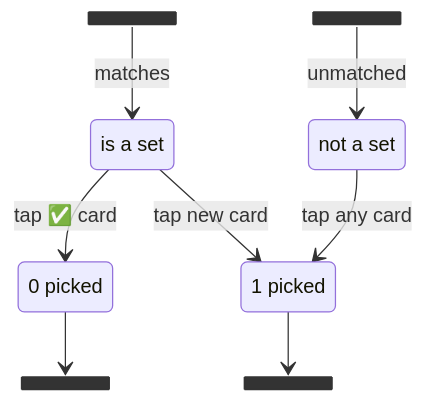
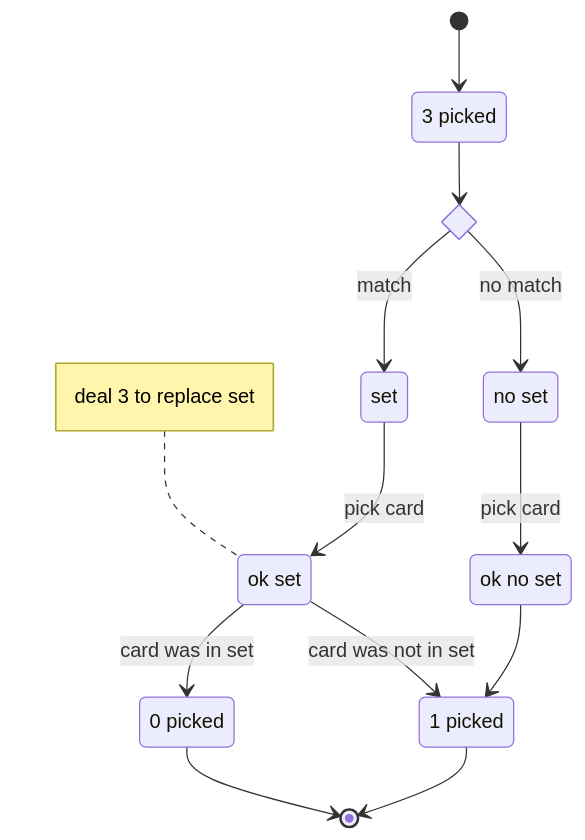
The third of 3 diagrams in assign3/README.md (sarah-j-smith/cs193p-tuto), drawn with Mermaid before and after one commit. The commit also changed other lines of this file and 10 other files, not shown here.

````diff
--- a/assign3/README.md
+++ b/assign3/README.md
@@ -137,18 +154,25 @@
 ```mermaid
 stateDiagram-v2
-    state join_state_a <<join>>
-    state join_state_b <<join>>
-    state join_state_c <<join>>
-    state join_state_d <<join>>
-    state "0 picked" as a
-    state "1 picked" as b
-    state "is a set" as e
-    state "not a set" as f
-    join_state_b --> f : unmatched
-    join_state_a --> e : matches
-    e --> a : tap ✅ card
-    e --> b : tap new card
-    f --> b : tap any card
-    a --> join_state_c
-    b --> join_state_d
+    state "3 picked" as a
+    state "set" as m
+    state "no set" as n
+    state "0 picked" as p
+    state "1 picked" as q
+    state b <<choice>>
+    state "ok set" as c
+    state "ok no set" as d
+    note left of c
+       deal 3 to replace set
+    end note
+    [*] --> a
+    a --> b
+    b --> m: match
+    b --> n: no match
+    m --> c: pick card
+    n --> d: pick card
+    c --> p: card was in set
+    c --> q: card was not in set
+    d --> q
+    p --> [*]
+    q --> [*]
 ```
````
